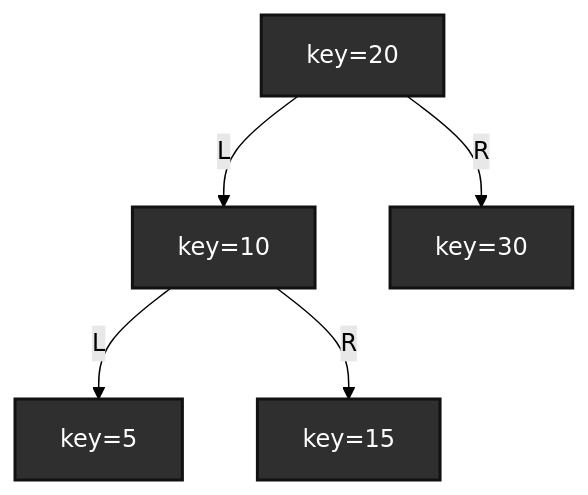
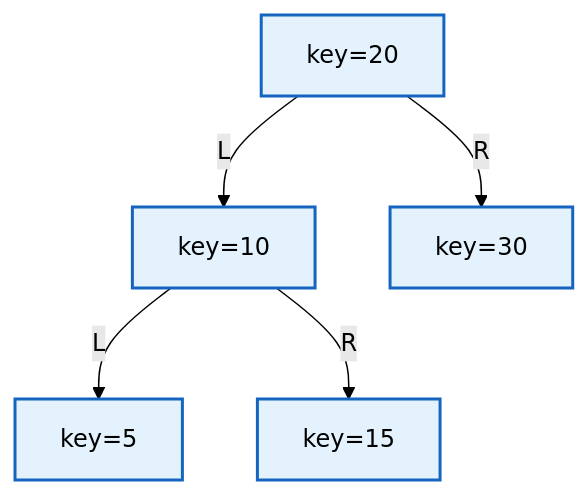
The tenth of 30 diagrams in knowledge/linux/data_structures/红黑树_rb-tree/P37_构建rbtree调用者接口.md (FormingSystem/linux_note), drawn with Mermaid (forest theme) before and after one commit. The commit also changed other lines of this file and 2 other files, not shown here.

````diff
--- a/knowledge/linux/data_structures/红黑树_rb-tree/P37_构建rbtree调用者接口.md
+++ b/knowledge/linux/data_structures/红黑树_rb-tree/P37_构建rbtree调用者接口.md
@@ -701,16 +702,16 @@
 ```mermaid
 graph TD
 	rb_20["key=20"]
 	rb_10["key=10"]
 	rb_30["key=30"]
 	rb_05["key=5"]
 	rb_15["key=15"]
 
 	rb_20 -->|L| rb_10
 	rb_20 -->|R| rb_30
 	rb_10 -->|L| rb_05
 	rb_10 -->|R| rb_15
 
-	classDef node fill:#2f2f2f,stroke:#111,color:#fff,stroke-width:2px;
+	classDef node fill:#e3f2fd,stroke:#1565c0,color:#000,stroke-width:2px;
 	class rb_20,rb_10,rb_30,rb_05,rb_15 node;
 ```
````
